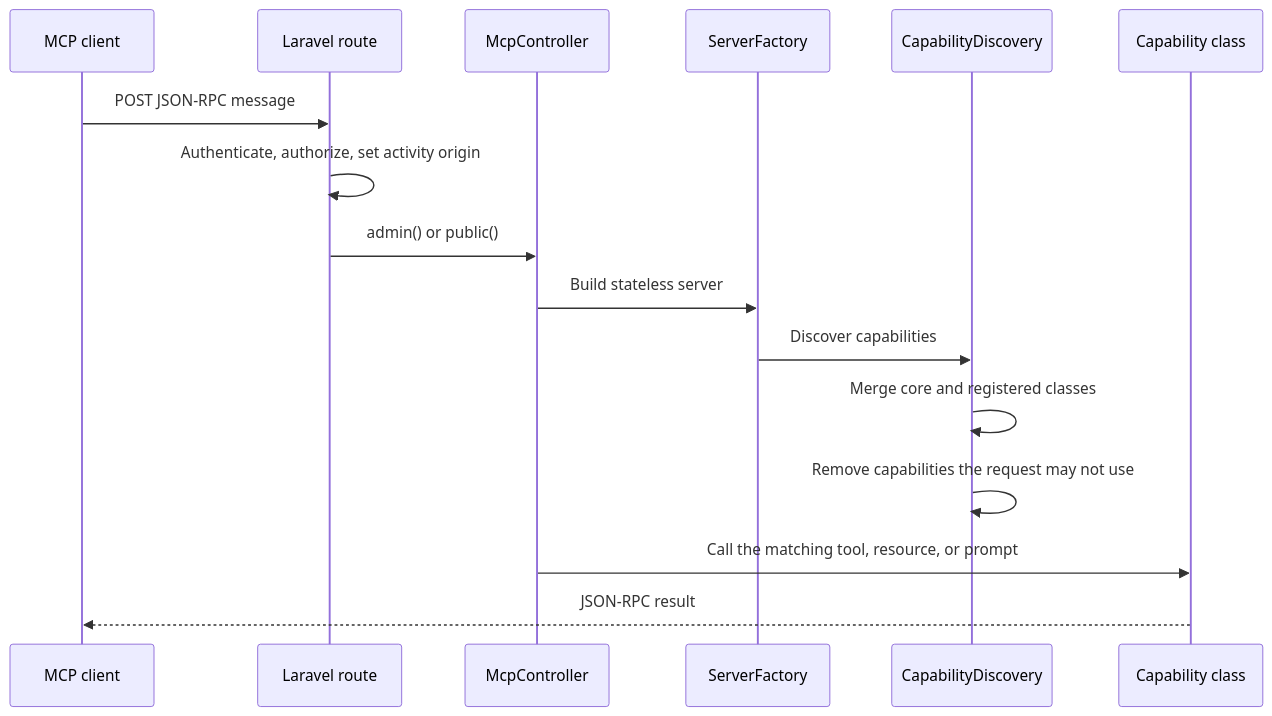
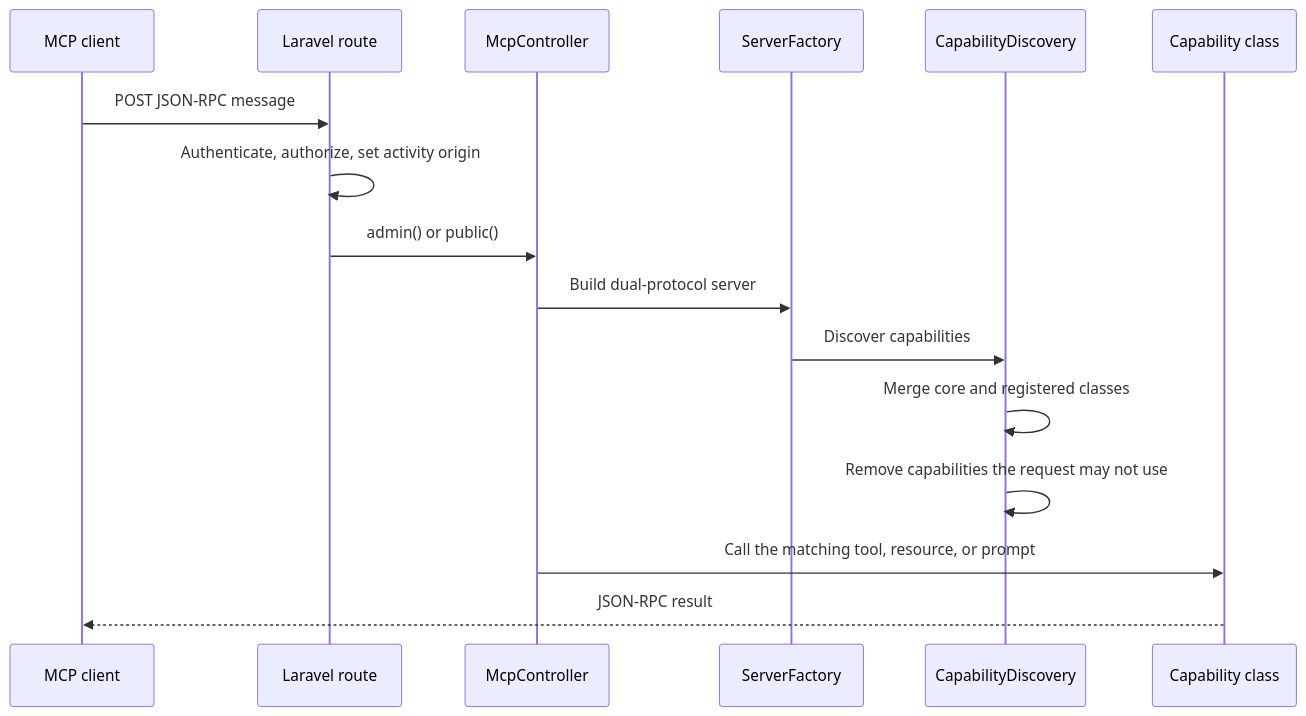
The diagram in docs/mcp.md (craftcms/cms), drawn with Mermaid before and after one commit. The commit also changed other lines of this file and 8 other files, not shown here.

````diff
--- a/docs/mcp.md
+++ b/docs/mcp.md
@@ -19,19 +21,19 @@
 ```mermaid
 sequenceDiagram
     participant Client as MCP client
     participant Route as Laravel route
     participant Controller as McpController
     participant Factory as ServerFactory
     participant Discovery as CapabilityDiscovery
     participant Capability as Capability class
 
     Client->>Route: POST JSON-RPC message
     Route->>Route: Authenticate, authorize, set activity origin
     Route->>Controller: admin() or public()
-    Controller->>Factory: Build stateless server
+    Controller->>Factory: Build dual-protocol server
     Factory->>Discovery: Discover capabilities
     Discovery->>Discovery: Merge core and registered classes
     Discovery->>Discovery: Remove capabilities the request may not use
     Controller->>Capability: Call the matching tool, resource, or prompt
     Capability-->>Client: JSON-RPC result
 ```
````
